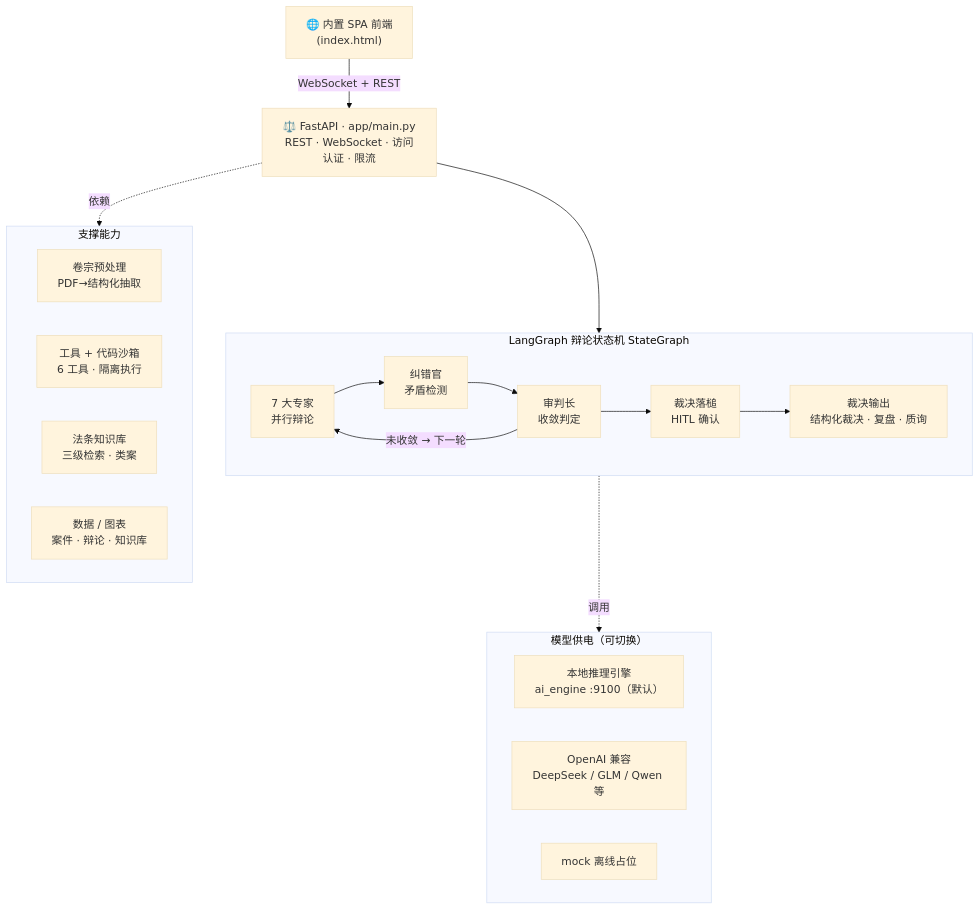
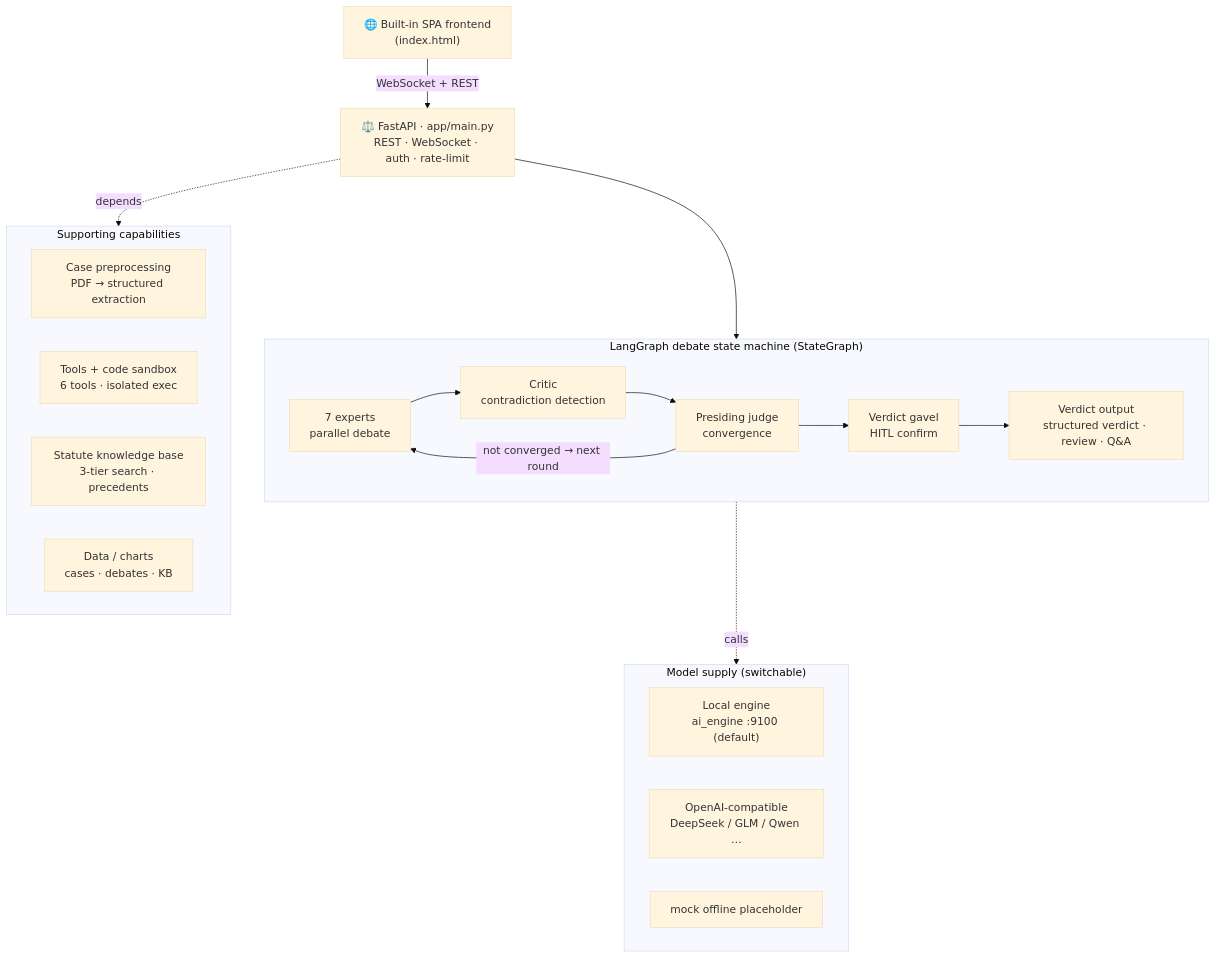
One commit to Morningstar202604/VerdictAI changed the first of 2 diagrams in README.md. Above: the diagram before and after it, drawn with Mermaid (base theme). The commit also changed other lines of this file and 2 other files, not shown here.

````diff
--- a/README.md
+++ b/README.md
@@ -91,33 +89,33 @@
 ```mermaid
 flowchart TB
-    UI1["🌐 内置 SPA 前端<br/>(index.html)"]
-    API["⚖️ FastAPI · app/main.py<br/>REST · WebSocket · 访问认证 · 限流"]
+    UI1["🌐 Built-in SPA frontend<br/>(index.html)"]
+    API["⚖️ FastAPI · app/main.py<br/>REST · WebSocket · auth · rate-limit"]
     UI1 -->|WebSocket + REST| API
 
-    subgraph GRAPH["LangGraph 辩论状态机 StateGraph"]
+    subgraph GRAPH["LangGraph debate state machine (StateGraph)"]
         direction LR
-        E1["7 大专家<br/>并行辩论"] --> E2["纠错官<br/>矛盾检测"]
-        E2 --> E3["审判长<br/>收敛判定"]
-        E3 -->|未收敛 → 下一轮| E1
-        E3 --> E4["裁决落槌<br/>HITL 确认"]
-        E4 --> V["裁决输出<br/>结构化裁决 · 复盘 · 质询"]
+        E1["7 experts<br/>parallel debate"] --> E2["Critic<br/>contradiction detection"]
+        E2 --> E3["Presiding judge<br/>convergence"]
+        E3 -->|not converged → next round| E1
+        E3 --> E4["Verdict gavel<br/>HITL confirm"]
+        E4 --> V["Verdict output<br/>structured verdict · review · Q&A"]
     end
     API --> GRAPH
 
-    subgraph SUPPORT["支撑能力"]
+    subgraph SUPPORT["Supporting capabilities"]
         direction LR
-        S1["卷宗预处理<br/>PDF→结构化抽取"]
-        S2["工具 + 代码沙箱<br/>6 工具 · 隔离执行"]
-        S3["法条知识库<br/>三级检索 · 类案"]
-        S4["数据 / 图表<br/>案件 · 辩论 · 知识库"]
+        S1["Case preprocessing<br/>PDF → structured extraction"]
+        S2["Tools + code sandbox<br/>6 tools · isolated exec"]
+        S3["Statute knowledge base<br/>3-tier search · precedents"]
+        S4["Data / charts<br/>cases · debates · KB"]
     end
-    API -. 依赖 .-> SUPPORT
+    API -. depends .-> SUPPORT
 
-    subgraph MODELS["模型供电（可切换）"]
+    subgraph MODELS["Model supply (switchable)"]
         direction LR
-        M1["本地推理引擎<br/>ai_engine :9100（默认）"]
-        M2["OpenAI 兼容<br/>DeepSeek / GLM / Qwen 等"]
-        M3["mock 离线占位"]
+        M1["Local engine<br/>ai_engine :9100 (default)"]
+        M2["OpenAI-compatible<br/>DeepSeek / GLM / Qwen …"]
+        M3["mock offline placeholder"]
     end
-    GRAPH -. 调用 .-> MODELS
+    GRAPH -. calls .-> MODELS
 ```
````
